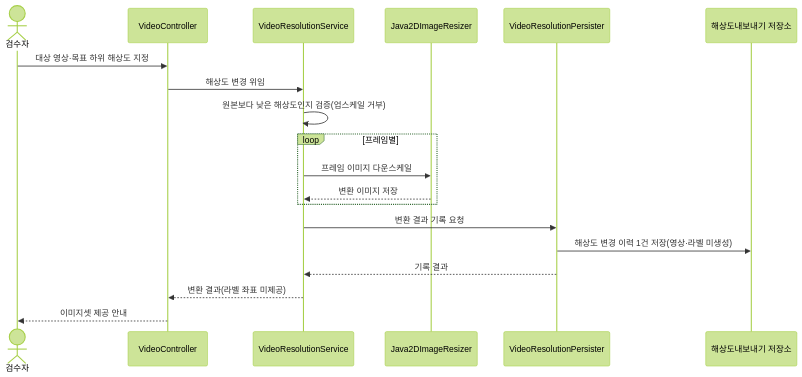
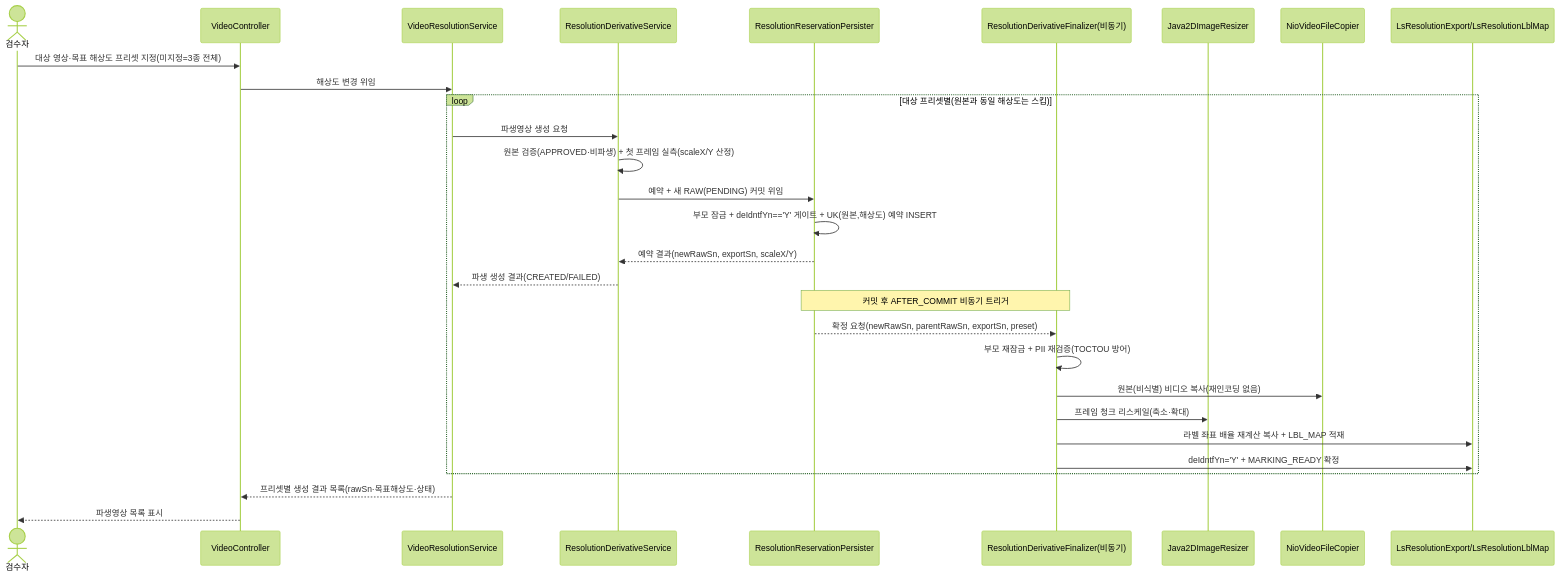
The third of 54 diagrams in docs/design-full/D1-클래스설계서.md (New-stella/klid-label), drawn with Mermaid (forest theme) before and after one commit. The commit also changed other lines of this file and 33 other files, not shown here.

````diff
--- a/docs/design-full/D1-클래스설계서.md
+++ b/docs/design-full/D1-클래스설계서.md
@@ -377,21 +383,31 @@
 ```mermaid
 sequenceDiagram
     actor REVIEWER as 검수자
     participant C as VideoController
     participant S as VideoResolutionService
+    participant D as ResolutionDerivativeService
+    participant P as ResolutionReservationPersister
+    participant F as ResolutionDerivativeFinalizer(비동기)
     participant Z as Java2DImageResizer
-    participant P as VideoResolutionPersister
-    participant X as 해상도내보내기 저장소
-    REVIEWER->>C: 대상 영상·목표 하위 해상도 지정
+    participant V as NioVideoFileCopier
+    participant X as LsResolutionExport/LsResolutionLblMap
+    REVIEWER->>C: 대상 영상·목표 해상도 프리셋 지정(미지정=3종 전체)
     C->>S: 해상도 변경 위임
-    S->>S: 원본보다 낮은 해상도인지 검증(업스케일 거부)
-    loop 프레임별
-        S->>Z: 프레임 이미지 다운스케일
-        Z-->>S: 변환 이미지 저장
+    loop 대상 프리셋별(원본과 동일 해상도는 스킵)
+        S->>D: 파생영상 생성 요청
+        D->>D: 원본 검증(APPROVED·비파생) + 첫 프레임 실측(scaleX/Y 산정)
+        D->>P: 예약 + 새 RAW(PENDING) 커밋 위임
+        P->>P: 부모 잠금 + deIdntfYn=='Y' 게이트 + UK(원본,해상도) 예약 INSERT
+        P-->>D: 예약 결과(newRawSn, exportSn, scaleX/Y)
+        D-->>S: 파생 생성 결과(CREATED/FAILED)
+        Note over P,F: 커밋 후 AFTER_COMMIT 비동기 트리거
+        P-->>F: 확정 요청(newRawSn, parentRawSn, exportSn, preset)
+        F->>F: 부모 재잠금 + PII 재검증(TOCTOU 방어)
+        F->>V: 원본(비식별) 비디오 복사(재인코딩 없음)
+        F->>Z: 프레임 청크 리스케일(축소·확대)
+        F->>X: 라벨 좌표 배율 재계산 복사 + LBL_MAP 적재
+        F->>X: deIdntfYn='Y' + MARKING_READY 확정
     end
-    S->>P: 변환 결과 기록 요청
-    P->>X: 해상도 변경 이력 1건 저장(영상·라벨 미생성)
-    P-->>S: 기록 결과
-    S-->>C: 변환 결과(라벨 좌표 미제공)
-    C-->>REVIEWER: 이미지셋 제공 안내
+    S-->>C: 프리셋별 생성 결과 목록(rawSn·목표해상도·상태)
+    C-->>REVIEWER: 파생영상 목록 표시
 ```
````
